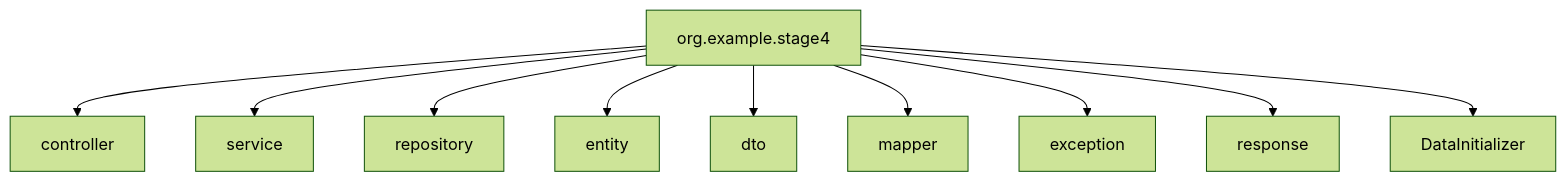
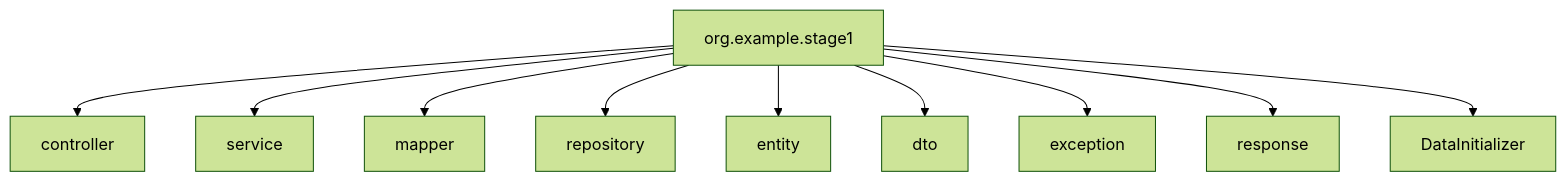
One commit to itay265/server changed the second of 5 diagrams in HELP.md. Above: the diagram before and after it, drawn with Mermaid (forest theme). The commit also changed other lines of this file and 48 other files, not shown here.

````diff
--- a/HELP.md
+++ b/HELP.md
@@ -1859,17 +150,15 @@
 ```mermaid
 graph TD
-    Root[org.example.stage4]
-
+    Root[org.example.stage1]
     Root --> ControllersPkg[controller]
     Root --> ServicesPkg[service]
+    Root --> MapperPkg[mapper]
     Root --> RepositoriesPkg[repository]
     Root --> EntitiesPkg[entity]
     Root --> DTOsPkg[dto]
-    Root --> MappersPkg[mapper]
     Root --> ExceptionsPkg[exception]
-    Root --> ResponsesPkg[response]
+    Root --> ResponsePkg[response]
     Root --> DataInit[DataInitializer]
-
     class Root root;
-    class ControllersPkg,ServicesPkg,RepositoriesPkg,EntitiesPkg,DTOsPkg,MappersPkg,ExceptionsPkg,ResponsesPkg,DataInit pkgNode;
+    class ControllersPkg,ServicesPkg,MapperPkg,RepositoriesPkg,EntitiesPkg,DTOsPkg,ExceptionsPkg,ResponsePkg,DataInit pkgNode;
 ```
````
